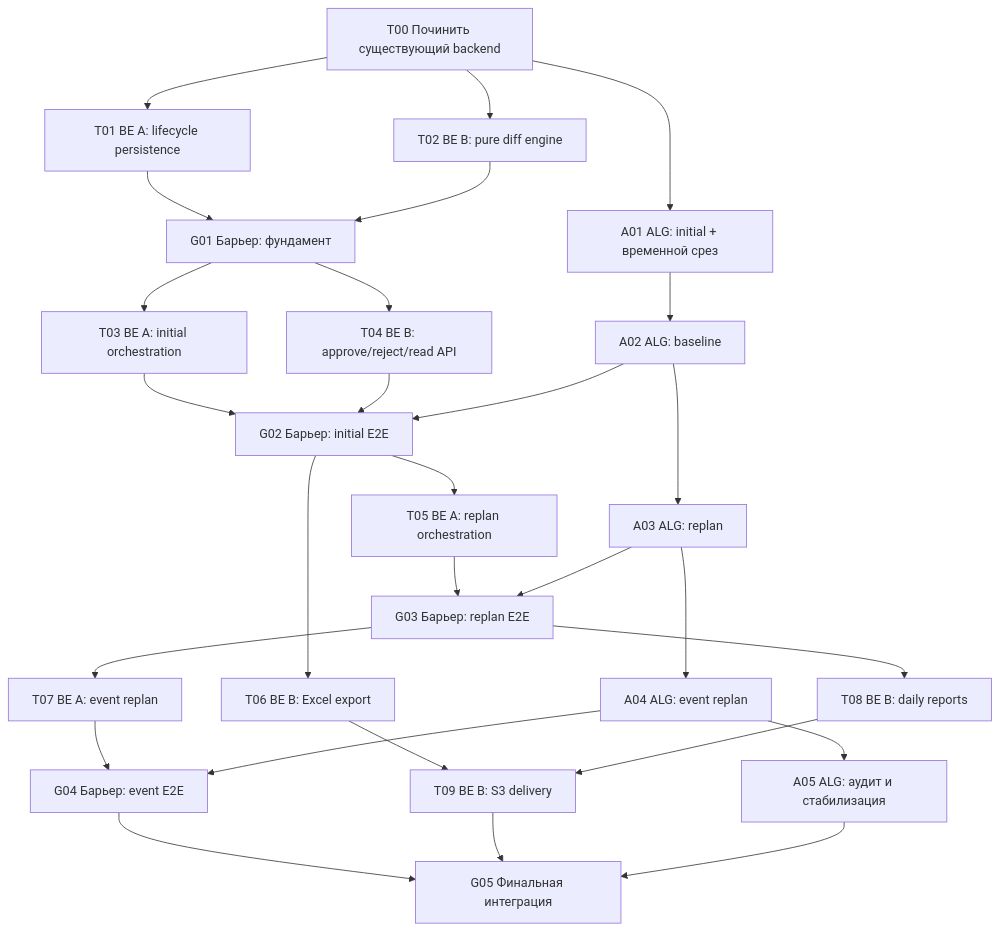
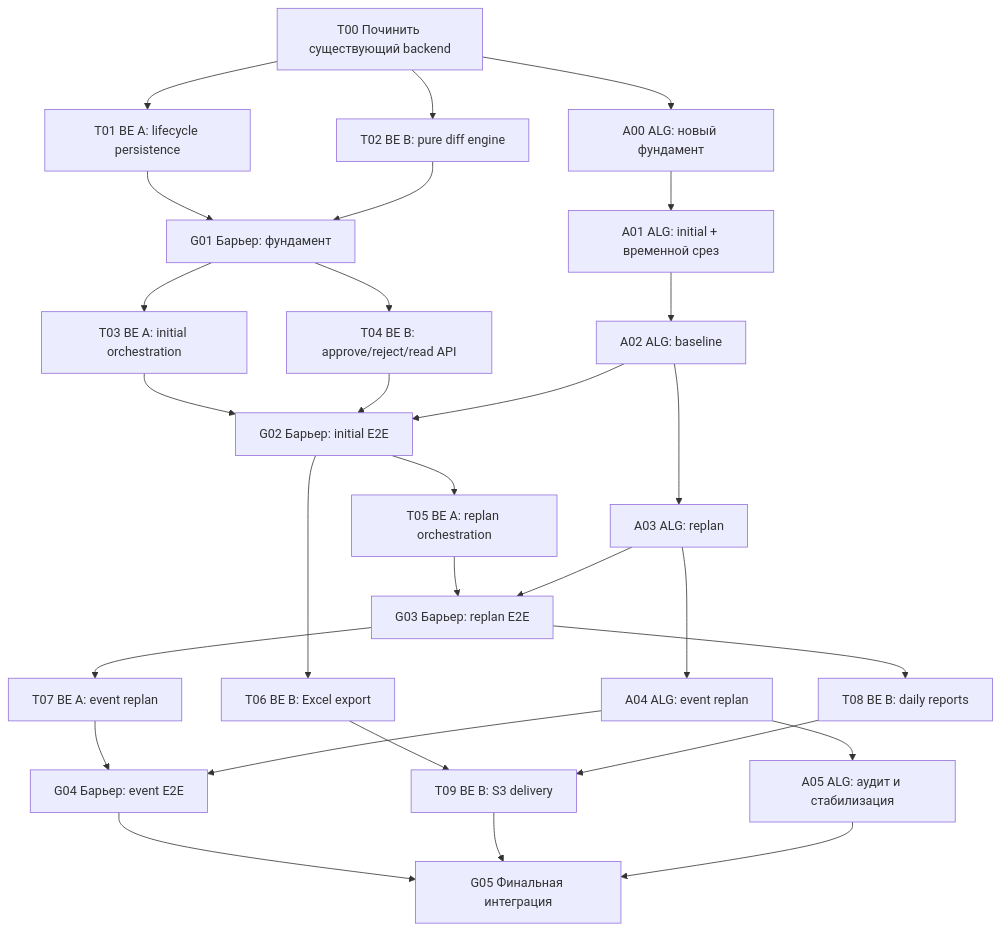
Before and after one commit to beeline-business-route-planner/project: the diagram in backend/docs/tasks/README.md, drawn with Mermaid. The commit also changed other lines of this file and 5 other files, not shown here.

````diff
--- a/backend/docs/tasks/README.md
+++ b/backend/docs/tasks/README.md
@@ -30,37 +31,38 @@
 ```mermaid
 flowchart TD
     T00[T00 Починить существующий backend]
 
     T00 --> T01[T01 BE A: lifecycle persistence]
     T00 --> T02[T02 BE B: pure diff engine]
-    T00 --> A01[A01 ALG: initial + временной срез]
+    T00 --> A00[A00 ALG: новый фундамент]
+    A00 --> A01[A01 ALG: initial + временной срез]
     A01 --> A02[A02 ALG: baseline]
     A02 --> A03[A03 ALG: replan]
     A03 --> A04[A04 ALG: event replan]
     A04 --> A05[A05 ALG: аудит и стабилизация]
 
     T01 --> G01[G01 Барьер: фундамент]
     T02 --> G01
 
     G01 --> T03[T03 BE A: initial orchestration]
     G01 --> T04[T04 BE B: approve/reject/read API]
     T03 --> G02[G02 Барьер: initial E2E]
     T04 --> G02
     A02 --> G02
 
     G02 --> T05[T05 BE A: replan orchestration]
     G02 --> T06[T06 BE B: Excel export]
     T05 --> G03[G03 Барьер: replan E2E]
     A03 --> G03
 
     G03 --> T07[T07 BE A: event replan]
     G03 --> T08[T08 BE B: daily reports]
     T07 --> G04[G04 Барьер: event E2E]
     A04 --> G04
 
     T06 --> T09[T09 BE B: S3 delivery]
     T08 --> T09
     G04 --> G05[G05 Финальная интеграция]
     T09 --> G05
     A05 --> G05
 ```
````
